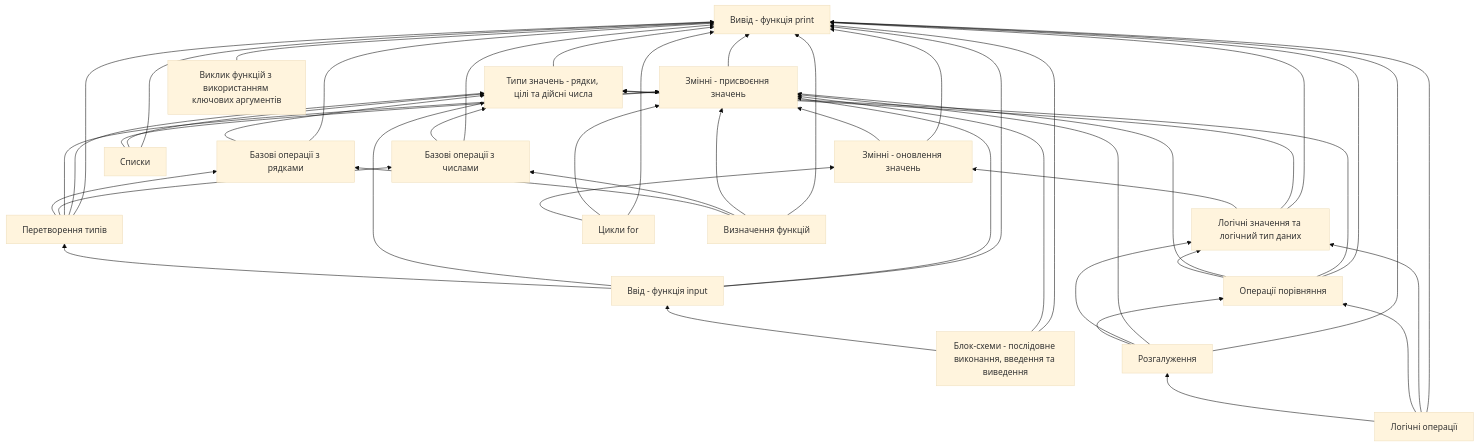
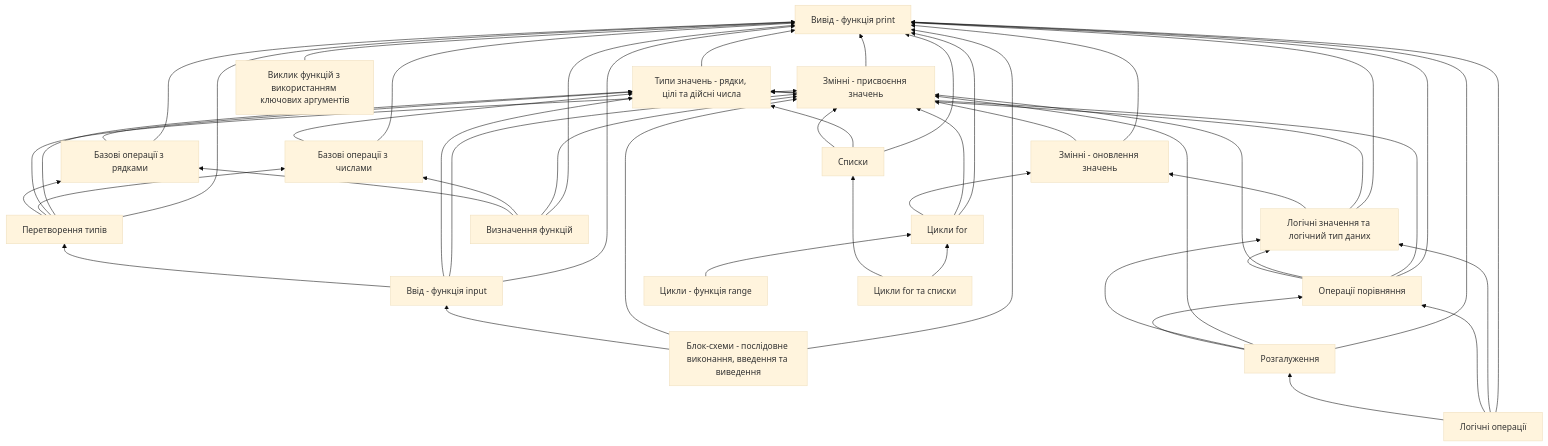
The diagram in Залежності.md (EugeneLoy/nauklit-python-8), drawn with Mermaid (base theme) before and after one commit. The commit also changed 3 other files, not shown here.

````diff
--- a/Залежності.md
+++ b/Залежності.md
@@ -5,67 +5,72 @@
 ```mermaid
 graph BT
     A["Вивід - функція print"] 
     B["Типи значень - рядки, цілі та дійсні числа"]
     C["Змінні - присвоєння значень"]
     D["Змінні - оновлення значень"]
     E["Базові операції з числами"]
     F["Базові операції з рядками"]
     G["Перетворення типів"]
     H["Ввід - функція input"]
     I["Блок-схеми - послідовне виконання, введення та виведення"]
     J["Логічні значення та логічний тип даних"]
     K["Операції порівняння"]
     L["Логічні операції"]
     M["Розгалуження"]
     Q["Цикли for"]
+    S["Цикли - функція range"]
+    R["Цикли for та списки"]
     N["Виклик функцій з використанням ключових аргументів"]
     O["Визначення функцій"]
     P["Списки"]
 
     B --> A
     C --> A
     D --> A
     D --> C
     E --> A
     E --> B
     F --> A
     F --> B
     G --> A
     G --> B
     G --> C
     G --> E
     G --> F
     H --> A
     H --> C
     H --> B
     H --> G
     I --> A
     I --> C
     I --> H
     J --> A
     J --> B
     J --> D
     K --> A
     K --> B
     K --> C
     K --> J
     L --> A
     L --> J
     L --> K
     L --> M
     M --> A
     M --> C
     M --> J
     M --> K
     Q --> A
     Q --> C
     Q --> D
     N --> A
     O --> A
     O --> C
     O --> E
     O --> F
     P --> A
     P --> B
     P --> C
+    S --> Q
+    R --> Q
+    R --> P
 ```
````
